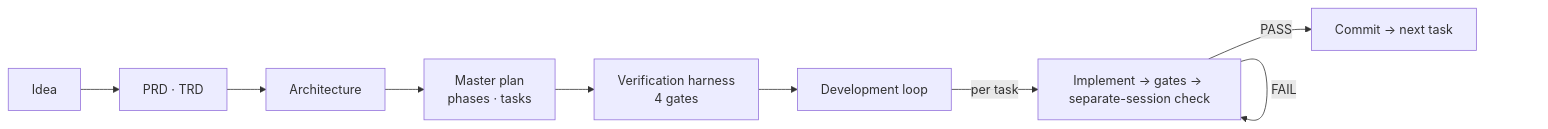
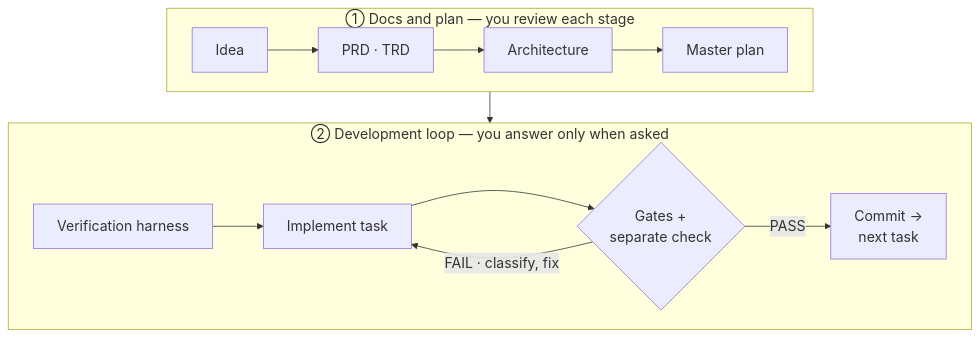
One commit to GangJaeYu/harness_loop_full_korean changed the diagram in README.en.md. Above: the diagram before and after it, drawn with Mermaid. The commit also changed 1 other file, not shown here.

Commit message:
README 흐름도 가독성 — 가로 한 줄(9노드)을 두 줄(문서와 계획 / 개발 루프)로 나누고 글자 크기 18px

````diff
--- a/README.en.md
+++ b/README.en.md
@@ -20,11 +20,15 @@
 ```mermaid
-flowchart LR
-    A[Idea] --> B[PRD · TRD]
-    B --> C[Architecture]
-    C --> D[Master plan<br/>phases · tasks]
-    D --> E[Verification harness<br/>4 gates]
-    E --> F[Development loop]
-    F -->|per task| G[Implement → gates → separate-session check]
-    G -->|FAIL| G
-    G -->|PASS| H[Commit → next task]
+%%{init: {'themeVariables': {'fontSize': '18px'}, 'flowchart': {'nodeSpacing': 30, 'rankSpacing': 40}}}%%
+flowchart TB
+    subgraph S1["① Docs and plan — you review each stage"]
+        direction LR
+        A[Idea] --> B[PRD · TRD] --> C[Architecture] --> D[Master plan]
+    end
+    subgraph S2["② Development loop — you answer only when asked"]
+        direction LR
+        E[Verification harness] --> G[Implement task] --> V{Gates +<br/>separate check}
+        V -->|FAIL · classify, fix| G
+        V -->|PASS| H[Commit →<br/>next task]
+    end
+    S1 --> S2
 ```
````
